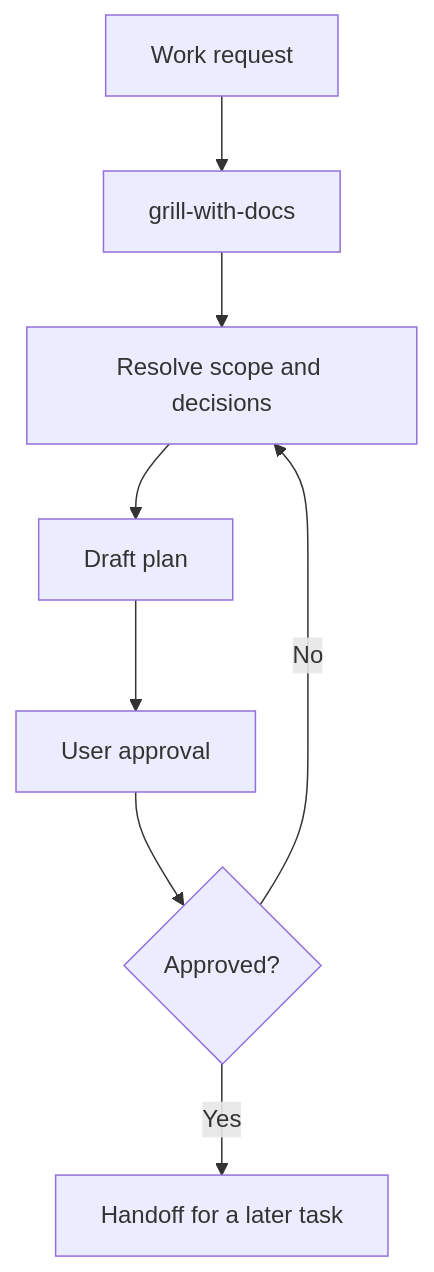
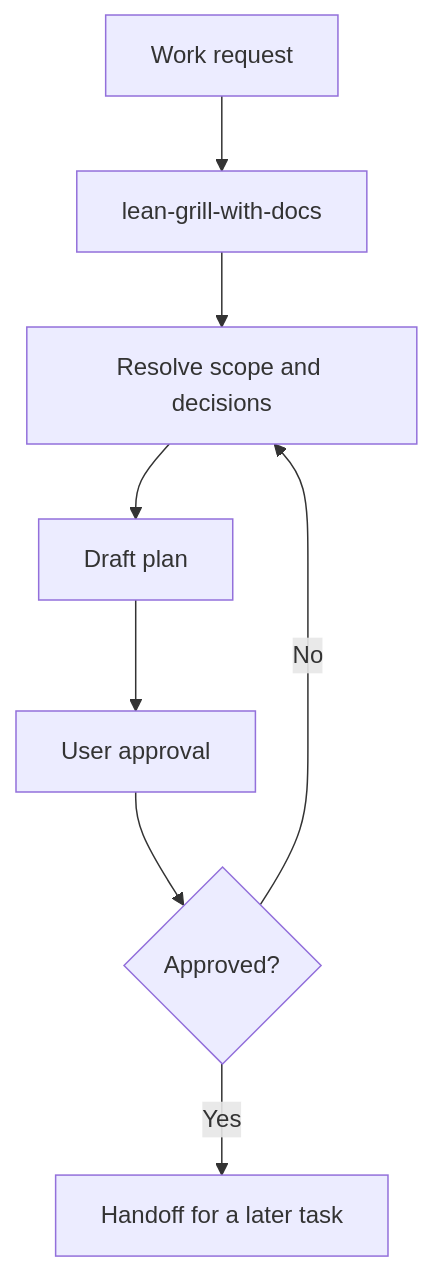
Before and after one commit to aloilor/lean-coding-agent: the diagram in docs/workflows/planning.md, drawn with Mermaid. The commit also changed other lines of this file and 24 other files, not shown here.

Commit message:
refactor(skills): rename grill-with-docs to lean-grill-with-docs

````diff
--- a/docs/workflows/planning.md
+++ b/docs/workflows/planning.md
@@ -18,10 +18,10 @@
 ```mermaid
 flowchart TD
-    A[Work request] --> B[grill-with-docs]
+    A[Work request] --> B[lean-grill-with-docs]
     B --> C[Resolve scope and decisions]
     C --> D[Draft plan]
     D --> E[User approval]
     E --> F{Approved?}
     F -->|No| C
     F -->|Yes| G[Handoff for a later task]
 ```
````
